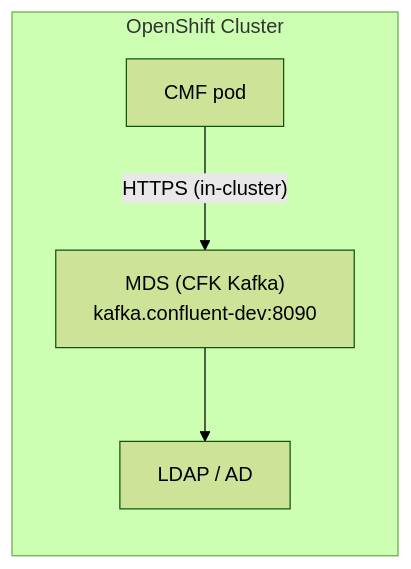
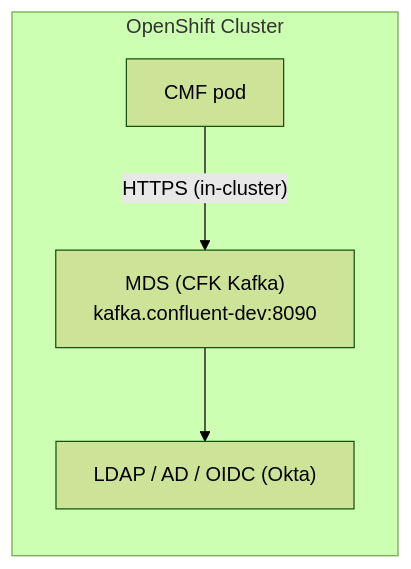
One commit to aadmassu/flink-on-k8s-with-cp changed the fourth of 6 diagrams in docs/SECURITY.md. Above: the diagram before and after it, drawn with Mermaid (forest theme). The commit also changed other lines of this file, not shown here.

Commit message:
Add OIDC (Okta) alongside LDAP/AD throughout security doc

````diff
--- a/docs/SECURITY.md
+++ b/docs/SECURITY.md
@@ -225,11 +225,11 @@
 ```mermaid
 flowchart LR
     subgraph k8s["OpenShift Cluster"]
         cmf["CMF pod"]
         mds["MDS (CFK Kafka)<br>kafka.confluent-dev:8090"]
-        ldap["LDAP / AD"]
+        iam["LDAP / AD / OIDC (Okta)"]
     end
 
     cmf -->|"HTTPS (in-cluster)"| mds
-    mds --> ldap
+    mds --> iam
 ```
````
